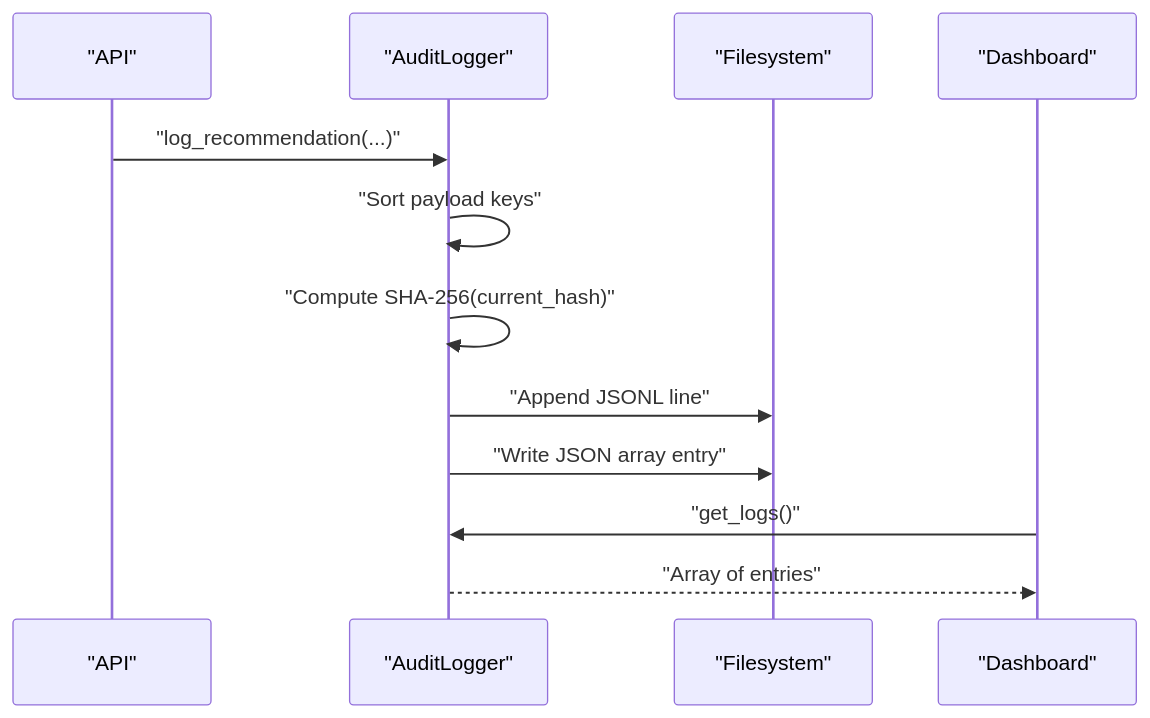
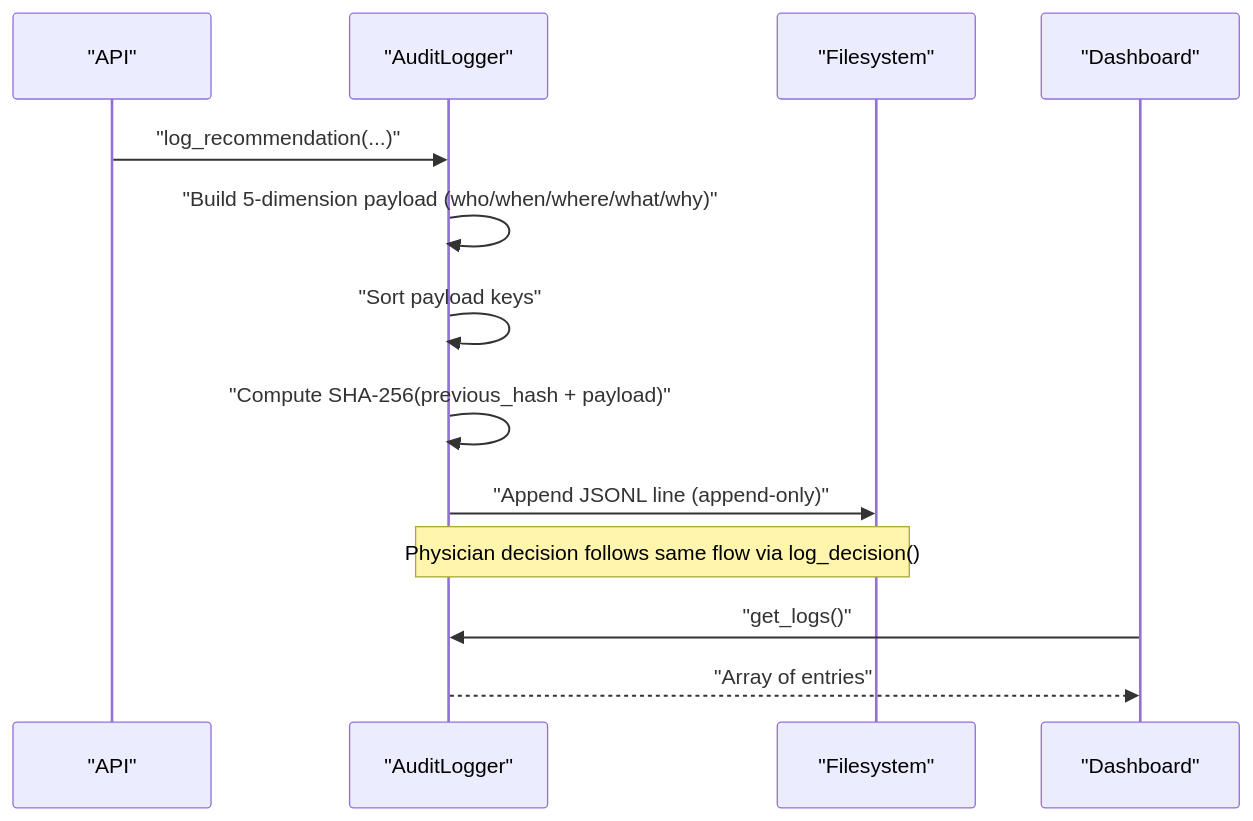
The fifth of 9 diagrams in POC/v4/.qoder/repowiki/en/content/Security and Compliance/Security and Compliance.md (vdat-18/navaveij), drawn with Mermaid before and after one commit. The commit also changed other lines of this file and 6 other files, not shown here.

Commit message:
fix(logging): update audit logging schema

````diff
--- a/POC/v4/.qoder/repowiki/en/content/Security and Compliance/Security and Compliance.md
+++ b/POC/v4/.qoder/repowiki/en/content/Security and Compliance/Security and Compliance.md
@@ -229,14 +244,15 @@
 ```mermaid
 sequenceDiagram
 participant API as "API"
 participant AUD as "AuditLogger"
 participant FS as "Filesystem"
 participant UI as "Dashboard"
 API->>AUD : "log_recommendation(...)"
+AUD->>AUD : "Build 5-dimension payload (who/when/where/what/why)"
 AUD->>AUD : "Sort payload keys"
-AUD->>AUD : "Compute SHA-256(current_hash)"
-AUD->>FS : "Append JSONL line"
-AUD->>FS : "Write JSON array entry"
+AUD->>AUD : "Compute SHA-256(previous_hash + payload)"
+AUD->>FS : "Append JSONL line (append-only)"
+note over AUD,FS: Physician decision follows same flow via log_decision()
 UI->>AUD : "get_logs()"
 AUD-->>UI : "Array of entries"
 ```
````
